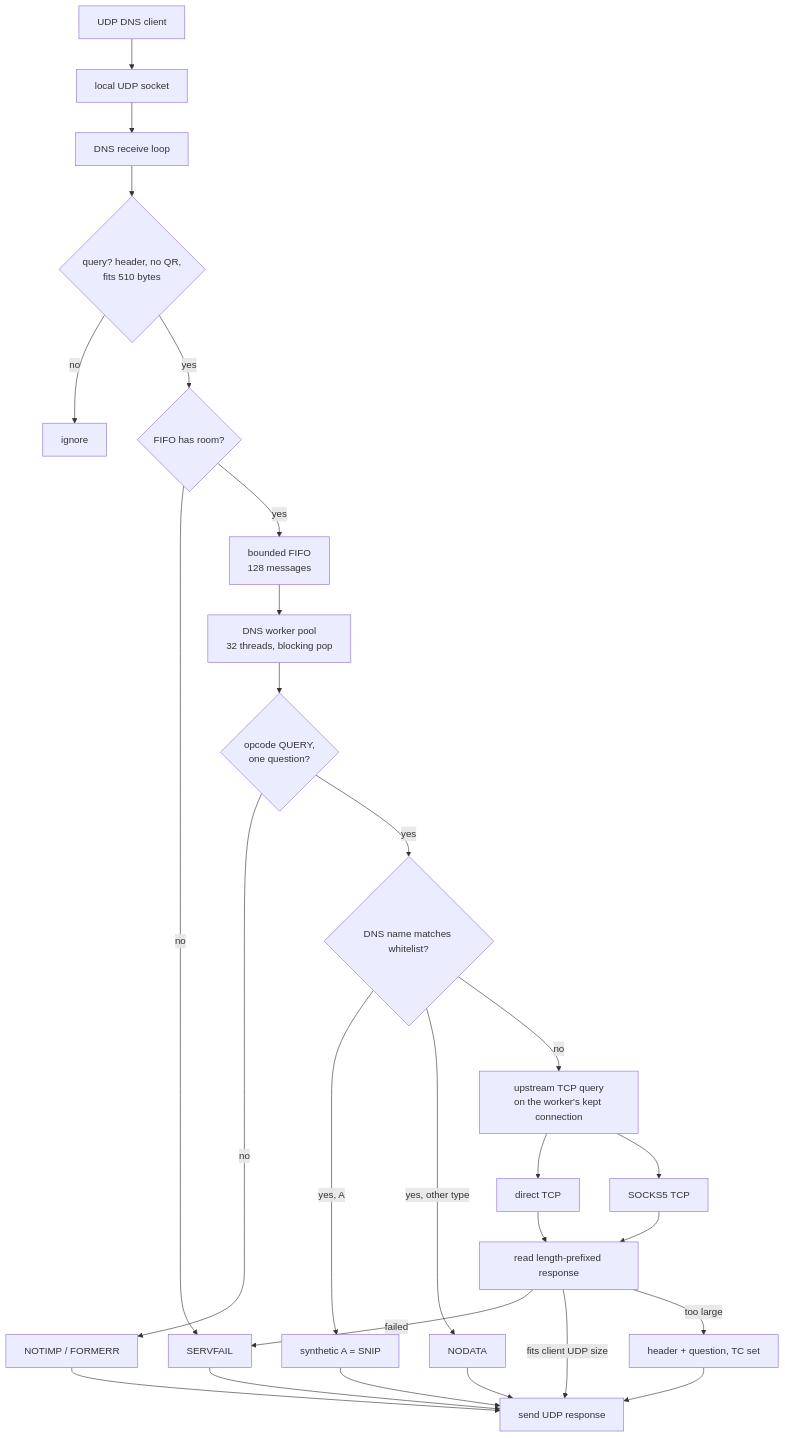
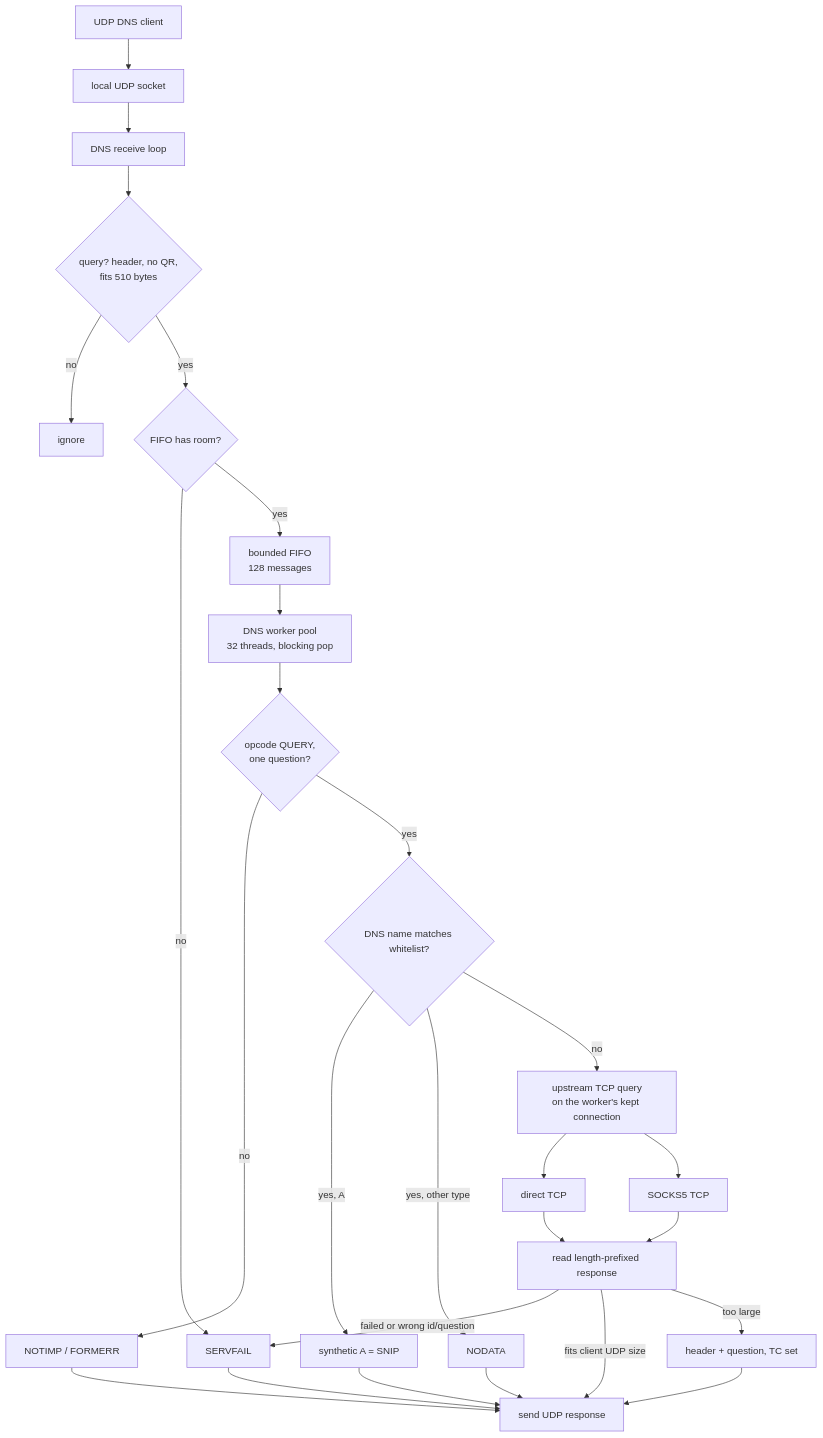
The seventh of 11 diagrams in ARCHITECTURE.md (0x7a657573/zroxy), drawn with Mermaid before and after one commit. The commit also changed other lines of this file and 4 other files, not shown here.

````diff
--- a/ARCHITECTURE.md
+++ b/ARCHITECTURE.md
@@ -570,29 +570,29 @@
 ```mermaid
 flowchart TD
     U[UDP DNS client] --> L[local UDP socket]
     L --> R[DNS receive loop]
     R --> V{query? header, no QR,\nfits 510 bytes}
     V -- no --> Ignore[ignore]
     V -- yes --> Q{FIFO has room?}
     Q -- no --> SF[SERVFAIL]
     Q -- yes --> F[bounded FIFO\n128 messages]
     F --> W[DNS worker pool\n32 threads, blocking pop]
     W --> H{opcode QUERY,\none question?}
     H -- no --> E[NOTIMP / FORMERR]
     H -- yes --> C{DNS name matches whitelist?}
     C -- yes, A --> SA[synthetic A = SNIP]
     C -- yes, other type --> ND[NODATA]
     C -- no --> T[upstream TCP query\non the worker's kept connection]
     T --> D[direct TCP]
     T --> X[SOCKS5 TCP]
     D --> R2[read length-prefixed response]
     X --> R2
-    R2 -- failed --> SF
+    R2 -- failed or wrong id/question --> SF
     R2 -- fits client UDP size --> Reply[send UDP response]
     R2 -- too large --> TC[header + question, TC set]
     SA --> Reply
     ND --> Reply
     E --> Reply
     SF --> Reply
     TC --> Reply
 ```
````
